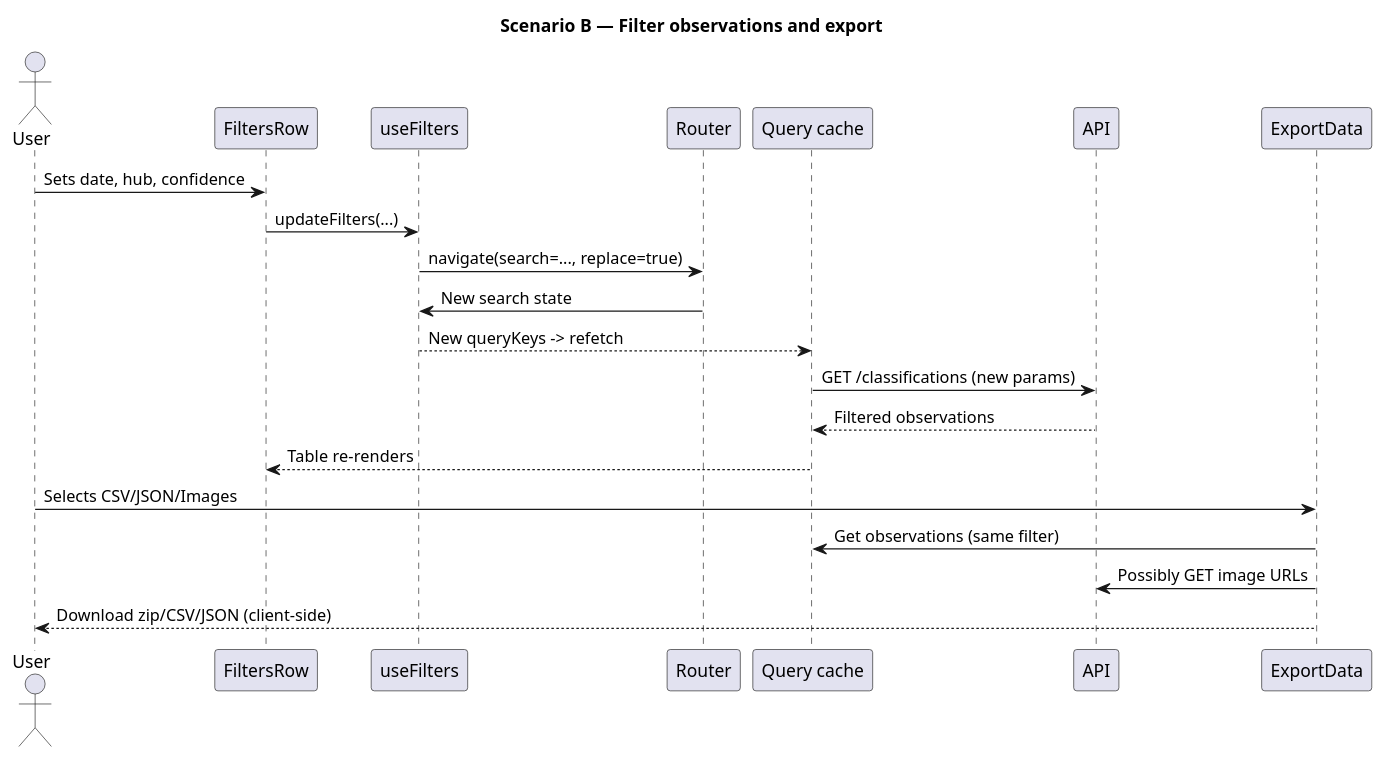
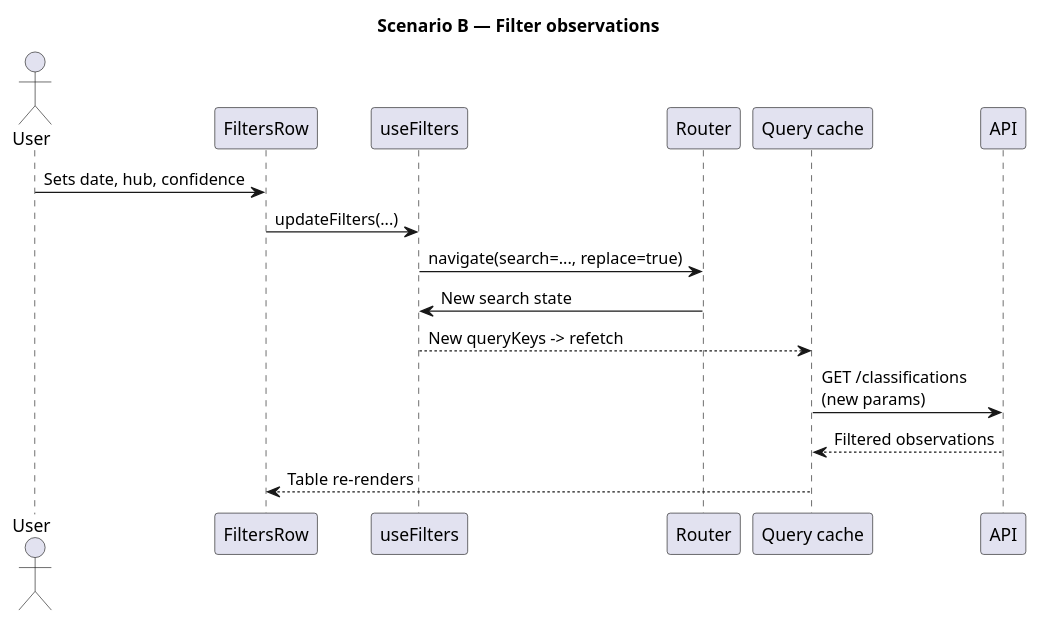
One commit to seandreassen/sensing-garden-dashboard changed the diagram in docs/diagrams/scenario-b-filter-export.puml. Above: the diagram before and after it, drawn with PlantUML. The commit also changed 30 other files, not shown here.

First line of the commit message:
docs: many new architecture diagrams

```diff
--- a/docs/diagrams/scenario-b-filter-export.puml
+++ b/docs/diagrams/scenario-b-filter-export.puml
@@ -1,25 +1,19 @@
-@startuml scenario-b-filter-export
-title Scenario B — Filter observations and export
+@startuml scenario-b-filter
+title Scenario B — Filter observations
 
 actor User as U
 participant "FiltersRow" as UI
 participant "useFilters" as F
 participant "Router" as R
 participant "Query cache" as Q
 participant "API" as API
-participant "ExportData" as Exp
 
 U -> UI : Sets date, hub, confidence
 UI -> F : updateFilters(...)
 F -> R : navigate(search=..., replace=true)
 R -> F : New search state
 F --> Q : New queryKeys -> refetch
-Q -> API : GET /classifications (new params)
+Q -> API : GET /classifications\n(new params)
 API --> Q : Filtered observations
 Q --> UI : Table re-renders
-
-U -> Exp : Selects CSV/JSON/Images
-Exp -> Q : Get observations (same filter)
-Exp -> API : Possibly GET image URLs
-Exp --> U : Download zip/CSV/JSON (client-side)
 @enduml
```
